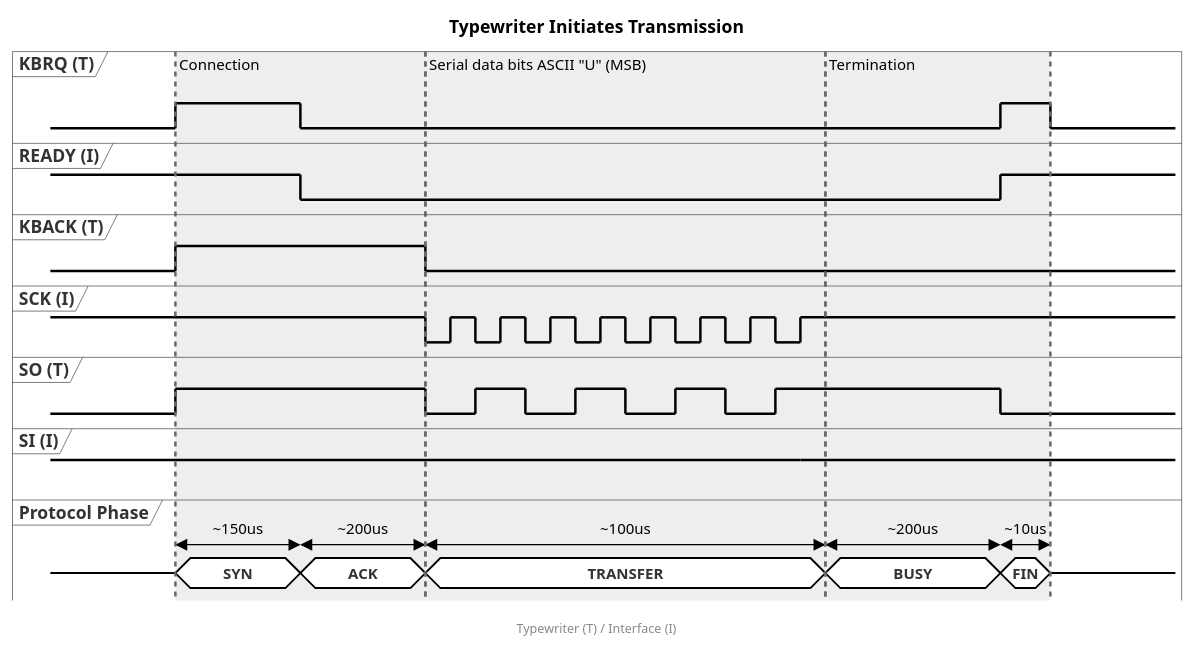
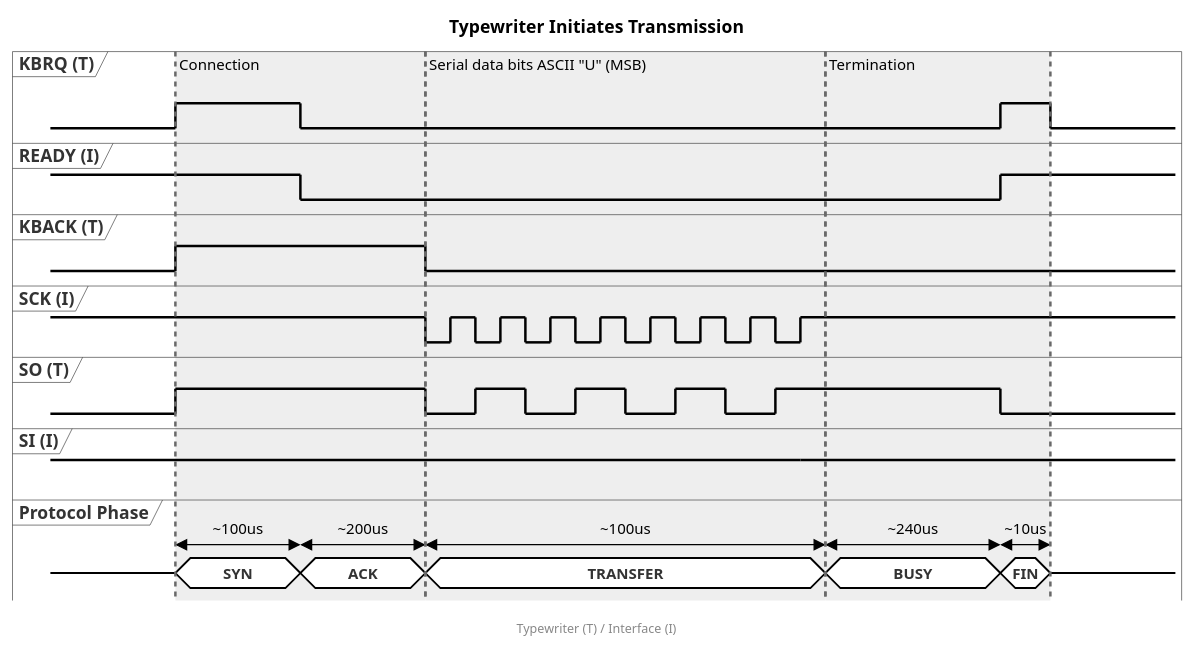
One commit to LooksLikeThomas/brother-serial-interface-adapter changed the diagram in protocol-analysis/protocol-docs/typewriter_to_interface.puml. Above: the diagram before and after it, drawn with PlantUML. The commit also changed 3 other files, not shown here.

```diff
--- a/protocol-analysis/protocol-docs/typewriter_to_interface.puml
+++ b/protocol-analysis/protocol-docs/typewriter_to_interface.puml
@@ -1,166 +1,166 @@
 @startuml Typewriter_Transmission_Phases_Final
 hide time-axis
 title Typewriter Initiates Transmission
 footer Typewriter (T) / Interface (I)
 
 <style>
 timingDiagram {
   .signal {
     LineColor black
   }
   concise {
     LineColor black
     BackgroundColor white
     FontSize 12
   }
   /* Apply to ALL robust signals: White text hides the labels */
   robust {
     LineColor black
     BackgroundColor white
     FontColor white
   }
   arrow {
     LineColor blue
   }
   constraintArrow {
     LineThickness 1
     LineColor black
     FontColor black
   }
   timegrid {
     LineColor transparent
   }
 }
 </style>
 
 scale 5 as 100 pixels
 
 ' Define Participants - All converted to robust
 robust "KBRQ (T)" as KBRQ
 robust "READY (I)" as READY
 robust "KBACK (T)" as KBACK 
 robust "SCK (I)" as SCK
 robust "SO (T)" as SO
 robust "SI (I)" as SI
 concise "Protocol Phase" as Phase 
 
 ' --- State Definitions ---
 
 KBRQ has high,low
 READY has high,low
 KBACK has high,low
 SCK has high,low
 SO has high,low
 SI has high,low
 
 ' --- State Definitions ---
 
 @0
 Phase is {-}
 KBRQ is low
 READY is high
 KBACK is low
 SCK is high
 SO is low
 SI is high
 
 @5
 Phase is "SYN"
 KBRQ is high
 KBACK is high
 SO is high
 
 @10
 Phase is "ACK"
 READY is low
 KBRQ is low
 
 @15
 Phase is "TRANSFER"
 SCK is low
 KBACK is low
 SO is low
 
 @16
 SCK is high
 
 @17
 SCK is low
 SO is high
 
 @18
 SCK is high
 
 @19
 SCK is low
 SO is low
 
 @20
 SCK is high
 
 @21
 SCK is low
 SO is high
 
 @22
 SCK is high
 
 @23
 SCK is low
 SO is low
 
 @24
 SCK is high
 
 @25
 SCK is low
 SO is high
 
 @26
 SCK is high
 
 @27
 SCK is low
 SO is low
 
 @28
 SCK is high
 
 @29
 SCK is low
 SO is high
 
 @30
 
 SCK is high
 SI is high
 
 @31
 Phase is "BUSY"
 
 @38
 Phase is "FIN"
 READY is high
 KBRQ is high
 SO is low
 SO is low
 
 @40
 Phase is {-}
 KBRQ is low
 
 ' Adjusted start time to 5 units
-Phase@5 <-> @10 : ~150us
+Phase@5 <-> @10 : ~100us
 Phase@10 <-> @15 : ~200us
 Phase@15 <-> @31 : ~100us
-Phase@31 <-> @38 : ~200us
+Phase@31 <-> @38 : ~240us
 Phase@38 <-> @40 : ~10us
 
 ' --- Highlighting ---
 ' Grey with ~10% opacity (approx hex #E6E6E6 or using alpha if supported, standard light grey is safest)
 highlight 5 to 15 #EEEEEE;line:DimGrey : Connection
 highlight 15 to 31 #EEEEEE;line:DimGrey : Serial data bits ASCII "U" (MSB)
 highlight 31 to 40 #EEEEEE;line:DimGrey : Termination
 
 
 @enduml
```
